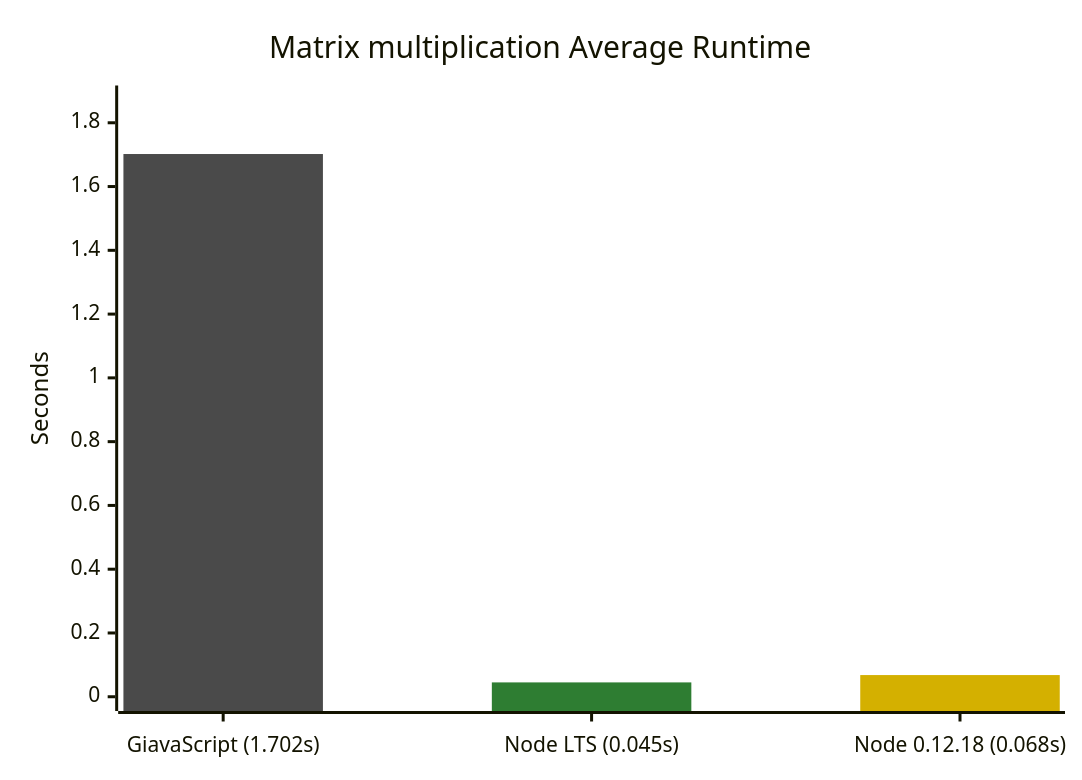
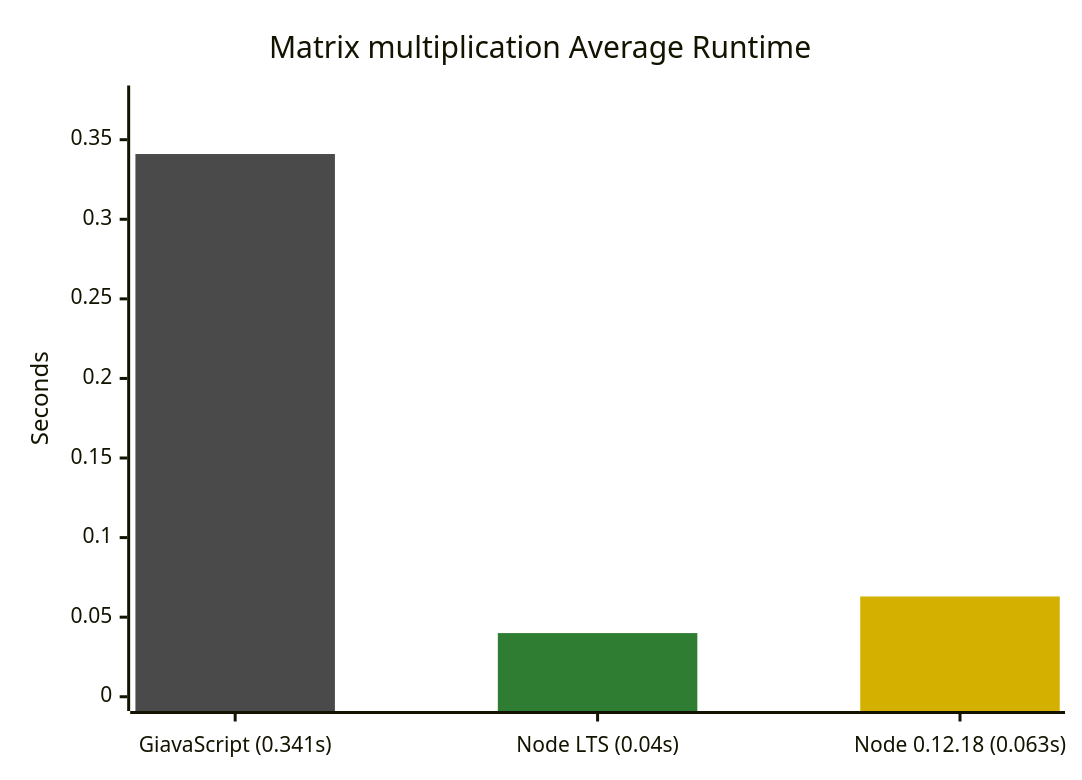
Before and after one commit to GiavaScript/GiavaScript: the second of 5 diagrams in README.md, drawn with Mermaid. The commit also changed other lines of this file and 2 other files, not shown here.

````diff
--- a/README.md
+++ b/README.md
@@ -91,10 +91,10 @@
 ```mermaid
 %%{init: {"themeVariables": {"xyChart": {"plotColorPalette": "#4a4a4a, #2e7d32, #d4b000"}}}}%%
 xychart-beta
     title "Matrix multiplication Average Runtime"
-    x-axis ["GiavaScript (1.702s)", "Node LTS (0.045s)", "Node 0.12.18 (0.068s)"]
-    y-axis "Seconds" 0 --> 1.8722
-    bar [1.702, -1, -1]
-    bar [-1, 0.045, -1]
-    bar [-1, -1, 0.068]
+    x-axis ["GiavaScript (0.341s)", "Node LTS (0.04s)", "Node 0.12.18 (0.063s)"]
+    y-axis "Seconds" 0 --> 0.3751
+    bar [0.341, -1, -1]
+    bar [-1, 0.04, -1]
+    bar [-1, -1, 0.063]
 ```
````
